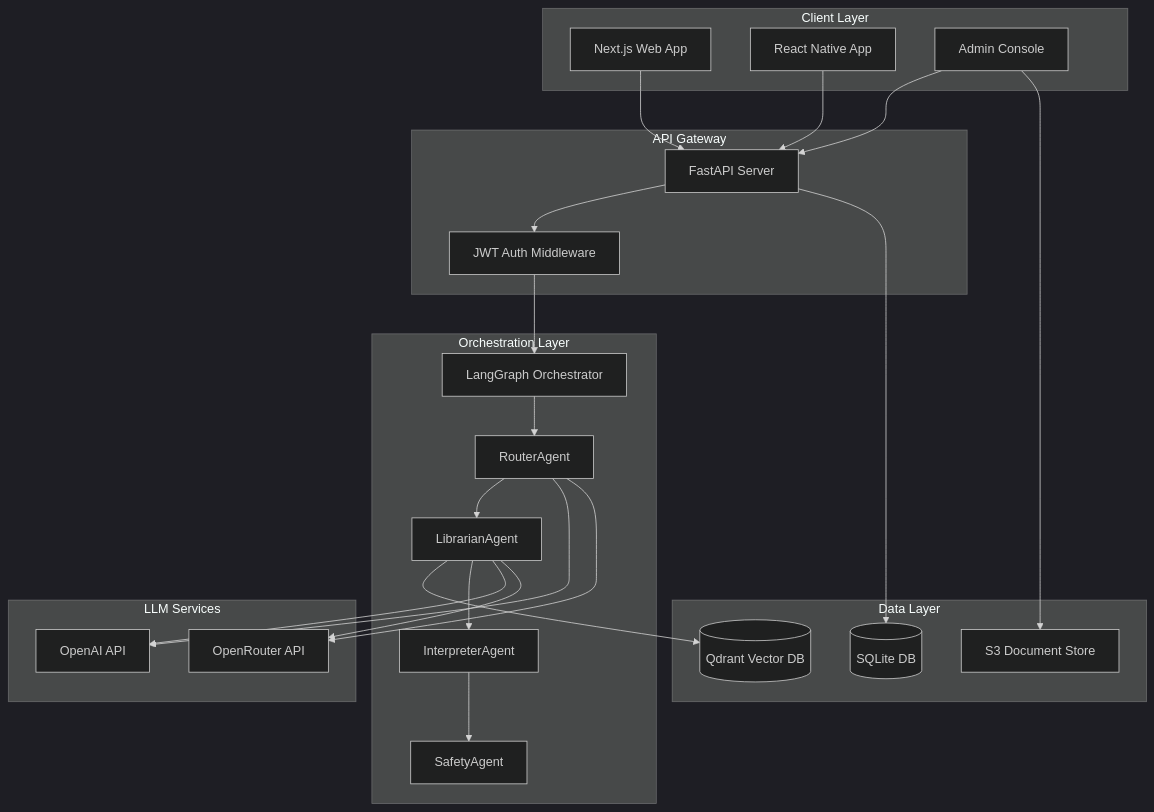
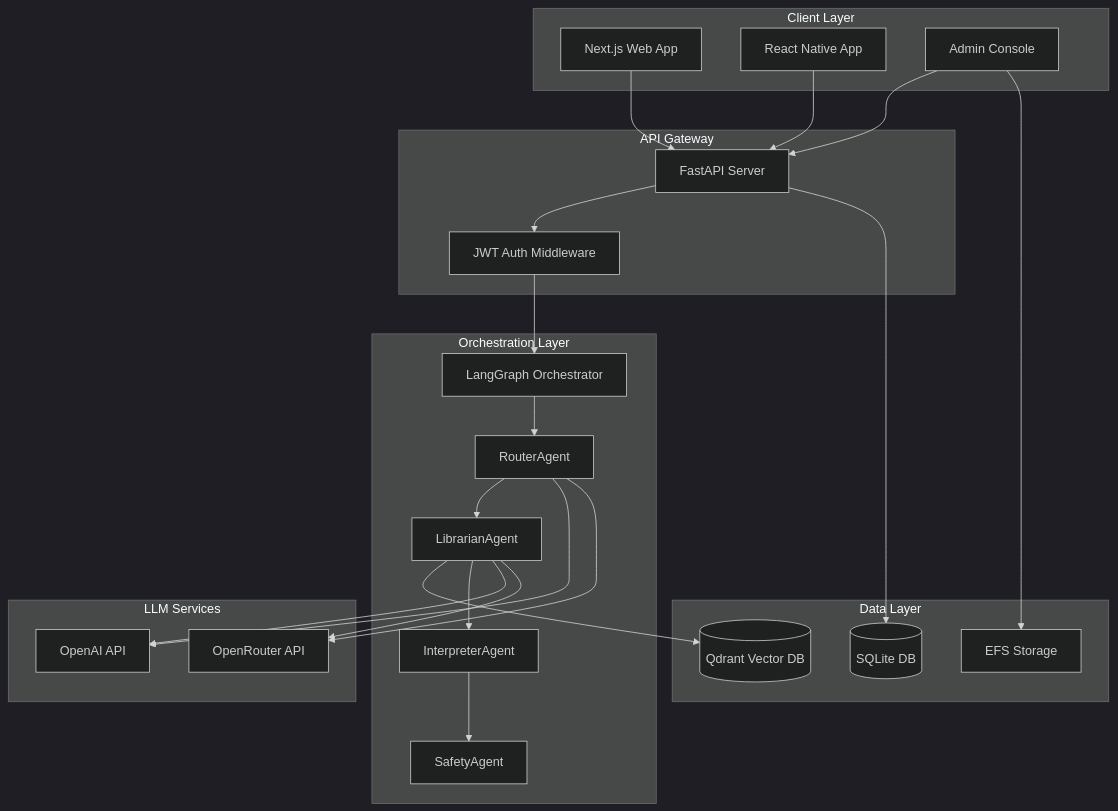
One commit to wbaxterh/wwhd changed the first of 8 diagrams in ARCHITECTURE.md. Above: the diagram before and after it, drawn with Mermaid (dark theme). The commit also changed other lines of this file and 7 other files, not shown here.

````diff
--- a/ARCHITECTURE.md
+++ b/ARCHITECTURE.md
@@ -5,49 +5,49 @@
 ```mermaid
 graph TB
     subgraph "Client Layer"
         Web[Next.js Web App]
         Mobile[React Native App]
         Admin[Admin Console]
     end
 
     subgraph "API Gateway"
         FastAPI[FastAPI Server]
         Auth[JWT Auth Middleware]
     end
 
     subgraph "Orchestration Layer"
         LG[LangGraph Orchestrator]
         Router[RouterAgent]
         Librarian[LibrarianAgent]
         Interpreter[InterpreterAgent]
         Safety[SafetyAgent]
     end
 
     subgraph "Data Layer"
         Qdrant[(Qdrant Vector DB)]
         SQLite[(SQLite DB)]
-        S3[S3 Document Store]
+        EFS[EFS Storage]
     end
 
     subgraph "LLM Services"
         OpenAI[OpenAI API]
         OpenRouter[OpenRouter API]
     end
 
     Web --> FastAPI
     Mobile --> FastAPI
     Admin --> FastAPI
     FastAPI --> Auth
     Auth --> LG
     LG --> Router
     Router --> Librarian
     Librarian --> Qdrant
     Librarian --> Interpreter
     Interpreter --> Safety
     Router --> OpenAI
     Router --> OpenRouter
     Librarian --> OpenAI
     Librarian --> OpenRouter
     FastAPI --> SQLite
-    Admin --> S3
+    Admin --> EFS
 ```
````
